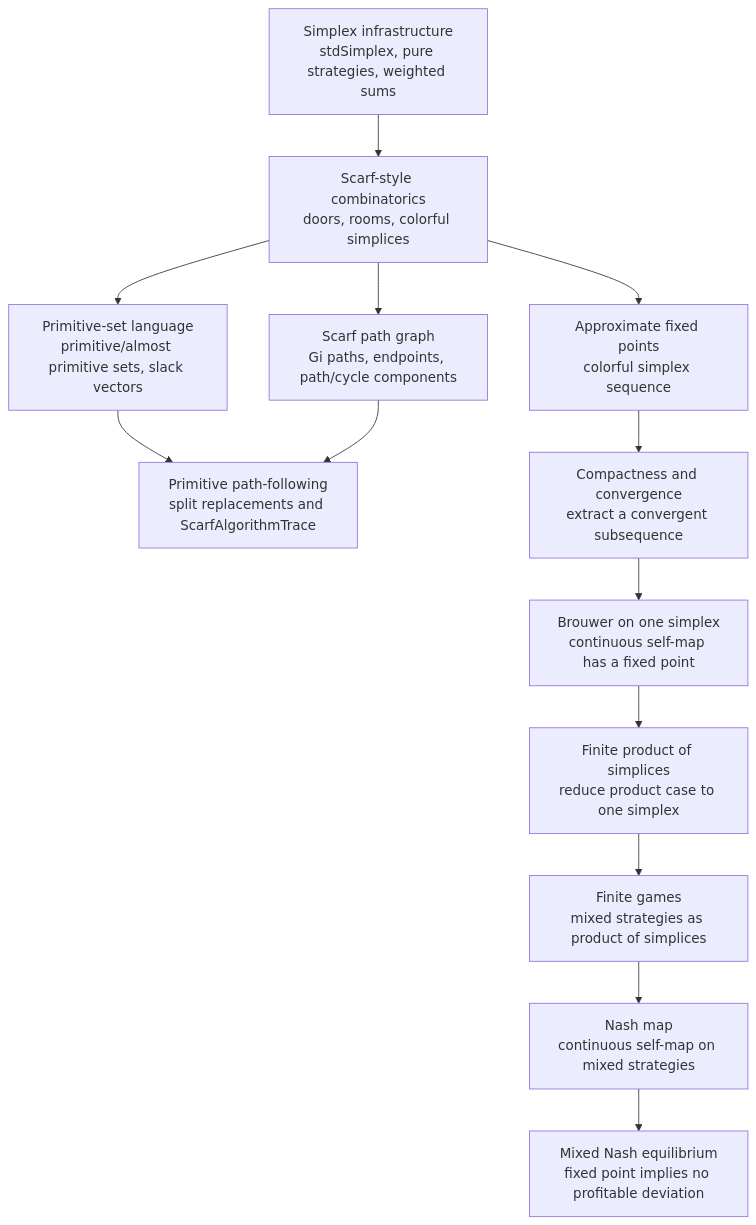
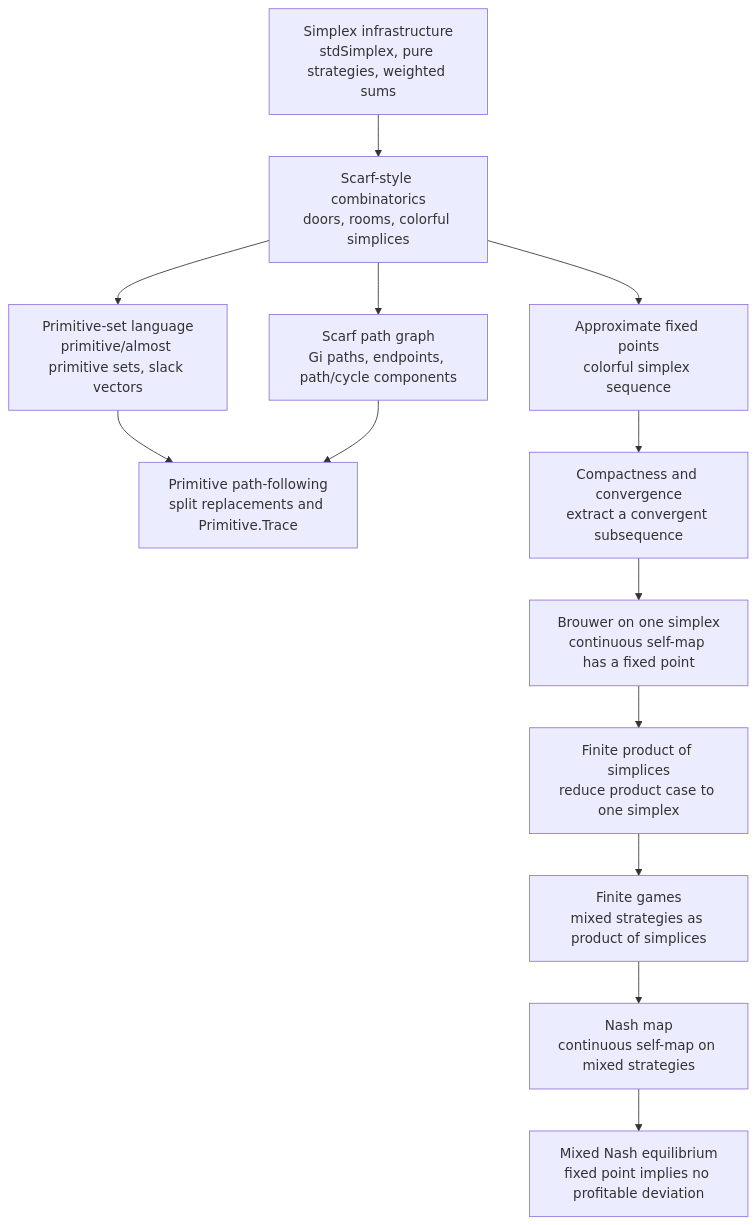
Before and after one commit to math-xmum/Brouwer: the diagram in README.md, drawn with Mermaid. The commit also changed other lines of this file and 16 other files, not shown here.

Commit message:
Refactor Scarf and primitive APIs and add artifact checks

````diff
--- a/README.md
+++ b/README.md
@@ -33,22 +52,22 @@
 ```mermaid
 flowchart TD
     A["Simplex infrastructure<br/>stdSimplex, pure strategies, weighted sums"]
     B["Scarf-style combinatorics<br/>doors, rooms, colorful simplices"]
     C["Primitive-set language<br/>primitive/almost primitive sets, slack vectors"]
     D["Scarf path graph<br/>Gi paths, endpoints, path/cycle components"]
-    E["Primitive path-following<br/>split replacements and ScarfAlgorithmTrace"]
+    E["Primitive path-following<br/>split replacements and Primitive.Trace"]
     F["Approximate fixed points<br/>colorful simplex sequence"]
     G["Compactness and convergence<br/>extract a convergent subsequence"]
     H["Brouwer on one simplex<br/>continuous self-map has a fixed point"]
     I["Finite product of simplices<br/>reduce product case to one simplex"]
     J["Finite games<br/>mixed strategies as product of simplices"]
     K["Nash map<br/>continuous self-map on mixed strategies"]
     L["Mixed Nash equilibrium<br/>fixed point implies no profitable deviation"]
 
     A --> B
     B --> C
     B --> D
     C --> E
     D --> E
     B --> F --> G --> H --> I --> J --> K --> L
 ```
````
